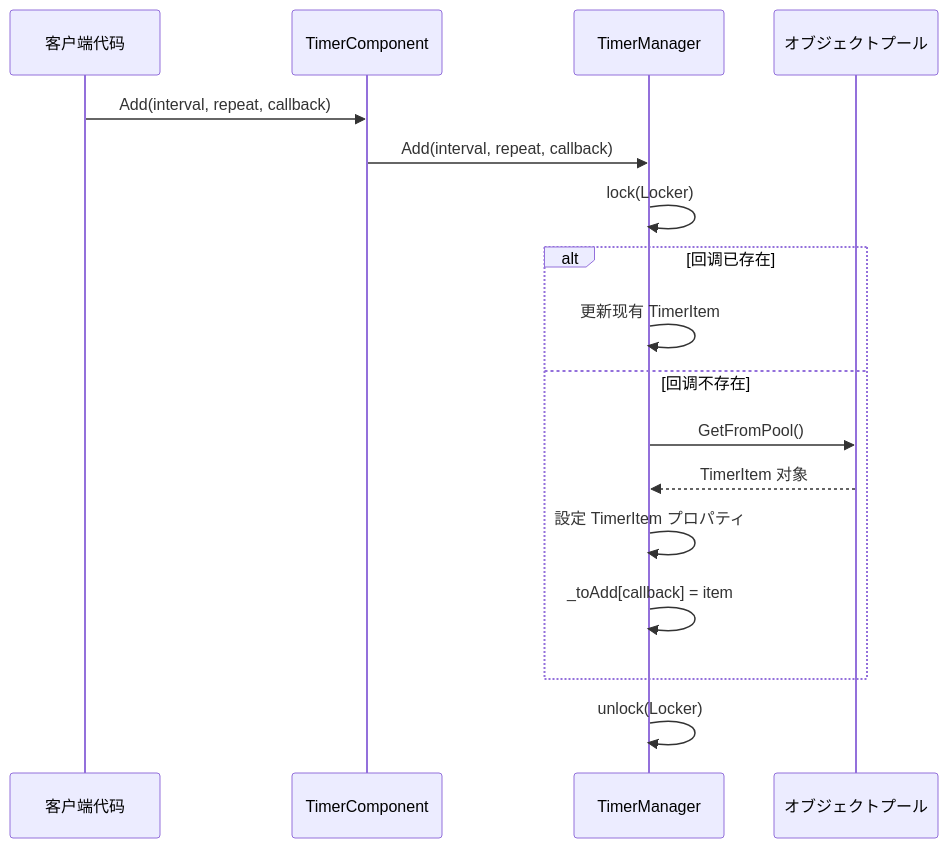
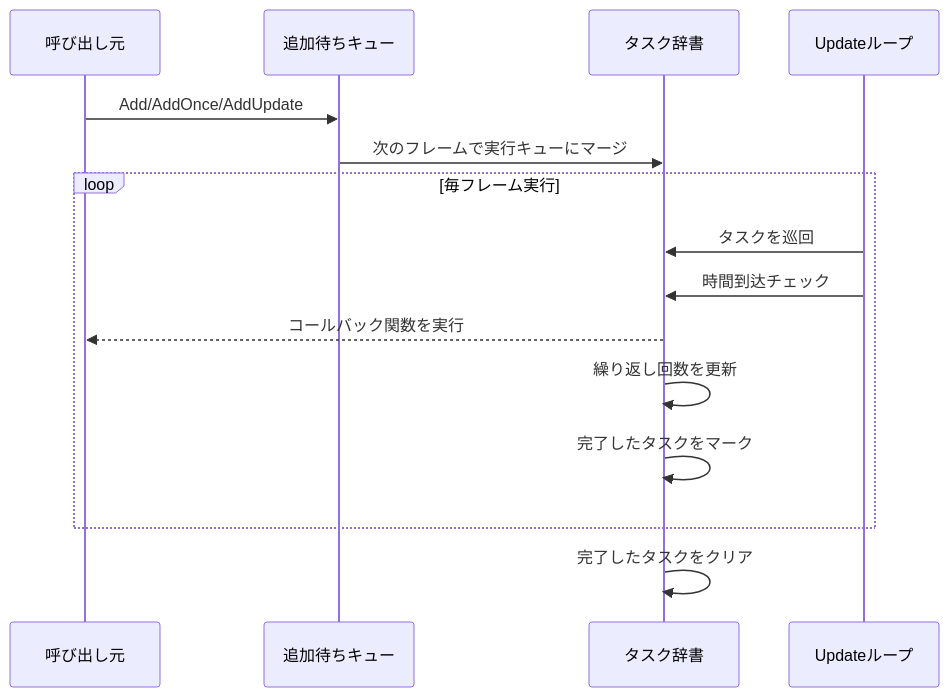
One commit to AlianBlank/GameFrameX.Docs changed the second of 2 diagrams in docs/ja/client/unity/component/timer/01.overview.md. Above: the diagram before and after it, drawn with Mermaid. The commit also changed other lines of this file and 320 other files, not shown here.

````diff
--- a/docs/ja/client/unity/component/timer/01.overview.md
+++ b/docs/ja/client/unity/component/timer/01.overview.md
@@ -136,20 +119,20 @@
 ```mermaid
 sequenceDiagram
-    participant C as 客户端代码
-    participant TC as TimerComponent
-    participant TM as TimerManager
-    participant Pool as オブジェクトプール
+    participant Client as 呼び出し元
+    participant AddQ as 追加待ちキュー
+    participant Items as タスク辞書
+    participant Update as Updateループ
 
-    C->>TC: Add(interval, repeat, callback)
-    TC->>TM: Add(interval, repeat, callback)
-    TM->>TM: lock(Locker)
-    alt 回调已存在
-        TM->>TM: 更新现有 TimerItem
-    else 回调不存在
-        TM->>Pool: GetFromPool()
-        Pool-->>TM: TimerItem 对象
-        TM->>TM: 設定 TimerItem プロパティ
-        TM->>TM: _toAdd[callback] = item
+    Client->>AddQ: Add/AddOnce/AddUpdate
+    AddQ->>Items: 次のフレームで実行キューにマージ
+
+    loop 毎フレーム実行
+        Update->>Items: タスクを巡回
+        Update->>Items: 時間到达チェック
+        Items-->>Client: コールバック関数を実行
+        Items->>Items: 繰り返し回数を更新
+        Items->>Items: 完了したタスクをマーク
     end
-    TM->>TM: unlock(Locker)
+
+    Items->>Items: 完了したタスクをクリア
 ```
````
